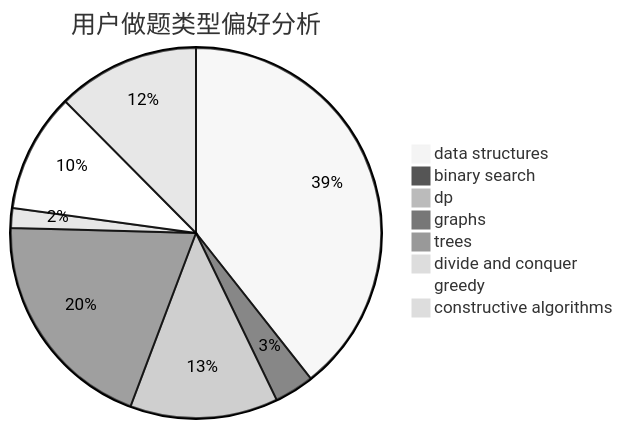
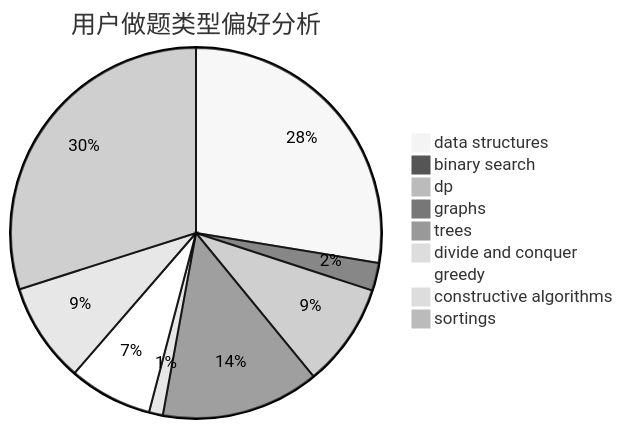
Before and after one commit to sherpahu/cfrs.github.io: the second of 3 diagrams in docs/user/u468.md, drawn with Mermaid (neutral theme). The commit also changed other lines of this file and 2769 other files, not shown here.

````diff
--- a/docs/user/u468.md
+++ b/docs/user/u468.md
@@ -23,11 +18,12 @@
 ```mermaid
 pie title 用户做题类型偏好分析
     "data structures" :  250
     "binary search" :  22
     "dp" :  82
     "graphs" :  125
     "trees" :  1
     "divide and conquer" :  11
     "greedy" :  66
     "constructive algorithms" :  79
+    "sortings" :  271
 ```
````
